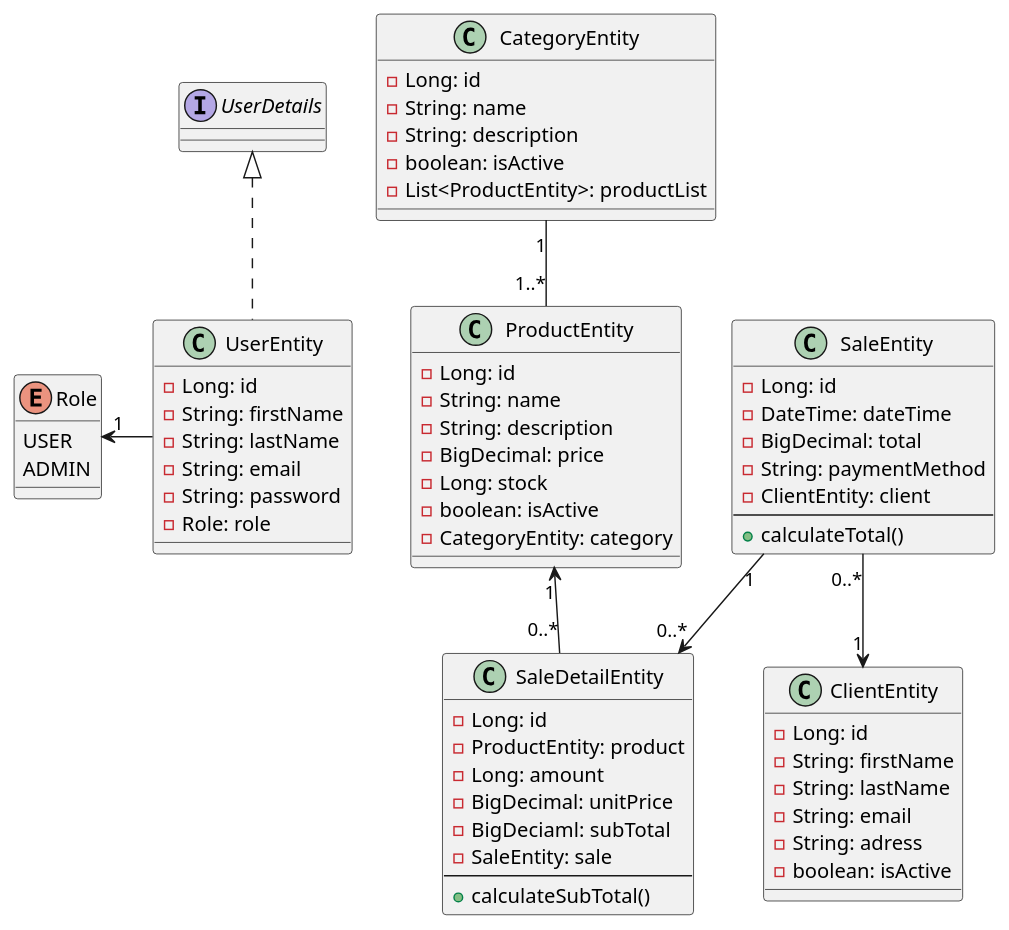
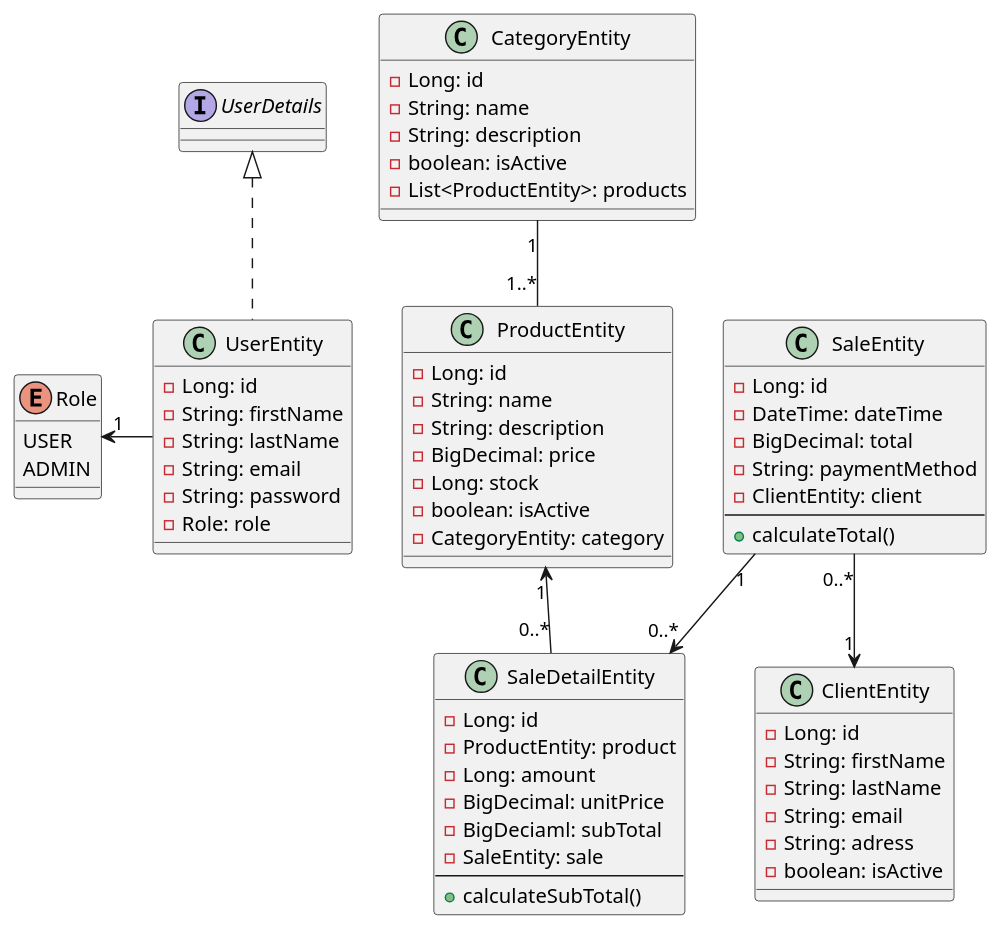
The diagram in docs/classDiagram.plantuml (nxhuel/sistema-ventas), drawn with PlantUML before and after one commit. The commit also changed 17 other files, not shown here.

```diff
--- a/docs/classDiagram.plantuml
+++ b/docs/classDiagram.plantuml
@@ -1,73 +1,73 @@
 @startuml
 enum Role {
 	USER
 	ADMIN
 }
 
 interface UserDetails
 
 class UserEntity {
 	- Long: id
 	- String: firstName
 	- String: lastName
 	- String: email
 	- String: password
 	- Role: role
 }
 
 class CategoryEntity {
 	- Long: id
 	- String: name
 	- String: description
 	- boolean: isActive
-	- List<ProductEntity>: productList
+	- List<ProductEntity>: products
 }
 
 class ProductEntity {
 	- Long: id
 	- String: name
 	- String: description
 	- BigDecimal: price
 	- Long: stock
 	- boolean: isActive
 	- CategoryEntity: category
 }
 
 class ClientEntity {
 	- Long: id
 	- String: firstName
 	- String: lastName
 	- String: email
 	- String: adress
 	- boolean: isActive	
 }
 
 class SaleEntity {
 	- Long: id
 	- DateTime: dateTime
 	- BigDecimal: total
 	- String: paymentMethod 
 	- ClientEntity: client
 	---
 	+ calculateTotal()
 }
 
 class SaleDetailEntity {
 	- Long: id
 	- ProductEntity: product
 	- Long: amount
 	- BigDecimal: unitPrice
 	- BigDeciaml: subTotal
 	- SaleEntity: sale
 	---
 	+ calculateSubTotal()
 }
 
 Role "1" <- UserEntity 
 UserDetails <|..  UserEntity
 CategoryEntity "1" -- "1..*" ProductEntity
 ProductEntity "1" <-- "0..*" SaleDetailEntity
 SaleEntity "1" --> "0..*" SaleDetailEntity
 SaleEntity "0..*" --> "1" ClientEntity
 
 @enduml
```
